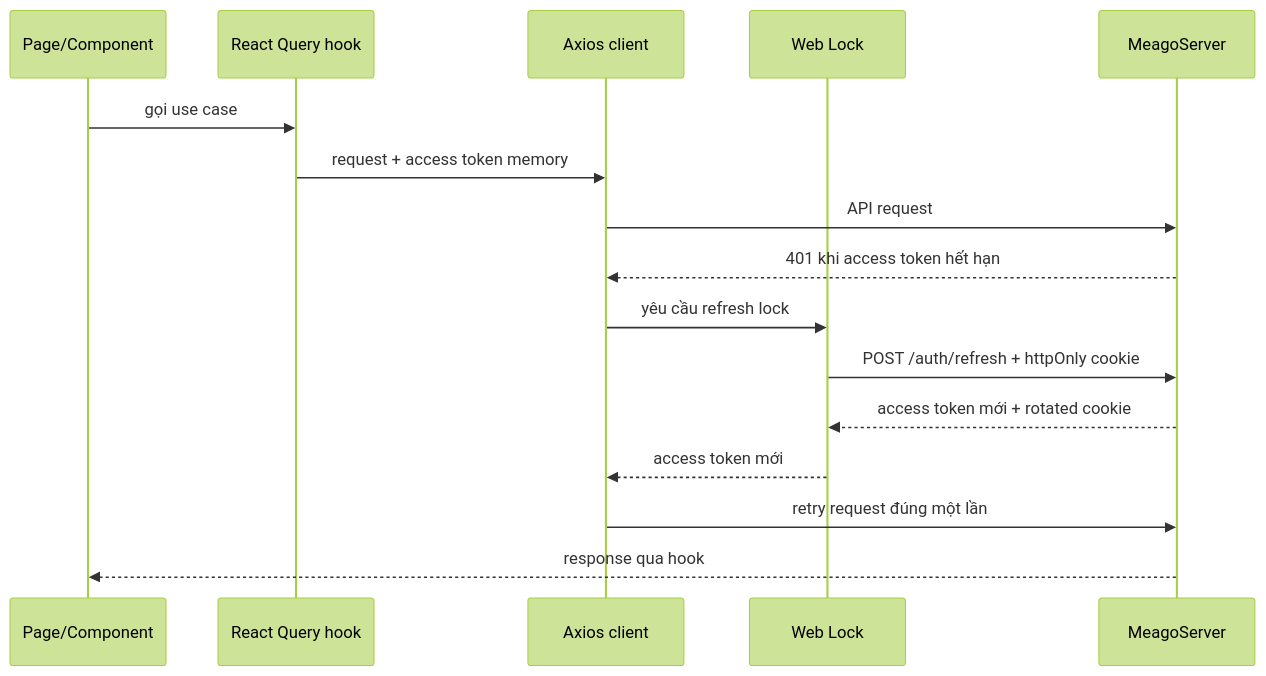
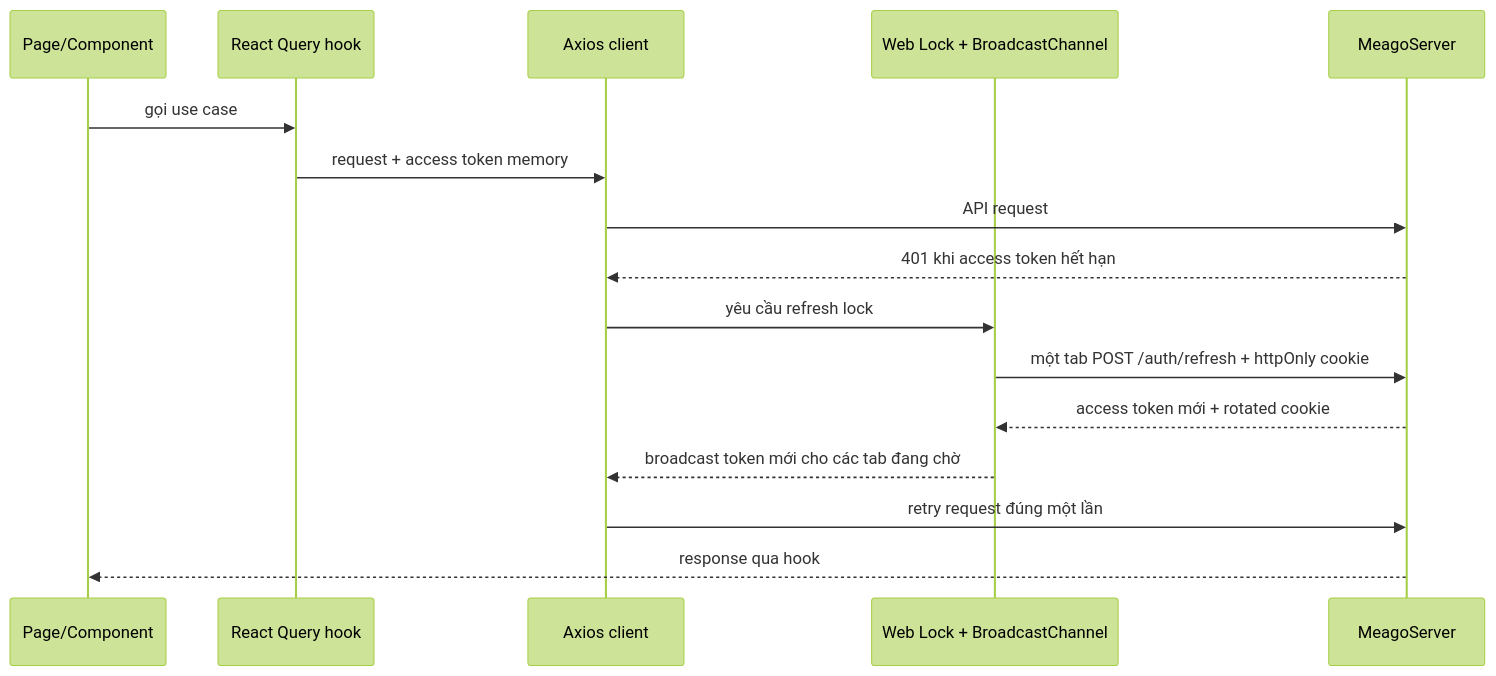
One commit to NguyenMinhToan003/MeagoClient changed the second of 2 diagrams in docs/architecture/frontend.md. Above: the diagram before and after it, drawn with Mermaid (forest theme). The commit also changed other lines of this file and 17 other files, not shown here.

````diff
--- a/docs/architecture/frontend.md
+++ b/docs/architecture/frontend.md
@@ -55,19 +55,19 @@
 ```mermaid
 sequenceDiagram
     participant UI as Page/Component
     participant Hook as React Query hook
     participant HTTP as Axios client
-    participant Lock as Web Lock
+    participant Lock as Web Lock + BroadcastChannel
     participant API as MeagoServer
 
     UI->>Hook: gọi use case
     Hook->>HTTP: request + access token memory
     HTTP->>API: API request
     API-->>HTTP: 401 khi access token hết hạn
     HTTP->>Lock: yêu cầu refresh lock
-    Lock->>API: POST /auth/refresh + httpOnly cookie
+    Lock->>API: một tab POST /auth/refresh + httpOnly cookie
     API-->>Lock: access token mới + rotated cookie
-    Lock-->>HTTP: access token mới
+    Lock-->>HTTP: broadcast token mới cho các tab đang chờ
     HTTP->>API: retry request đúng một lần
     API-->>UI: response qua hook
 ```
````
